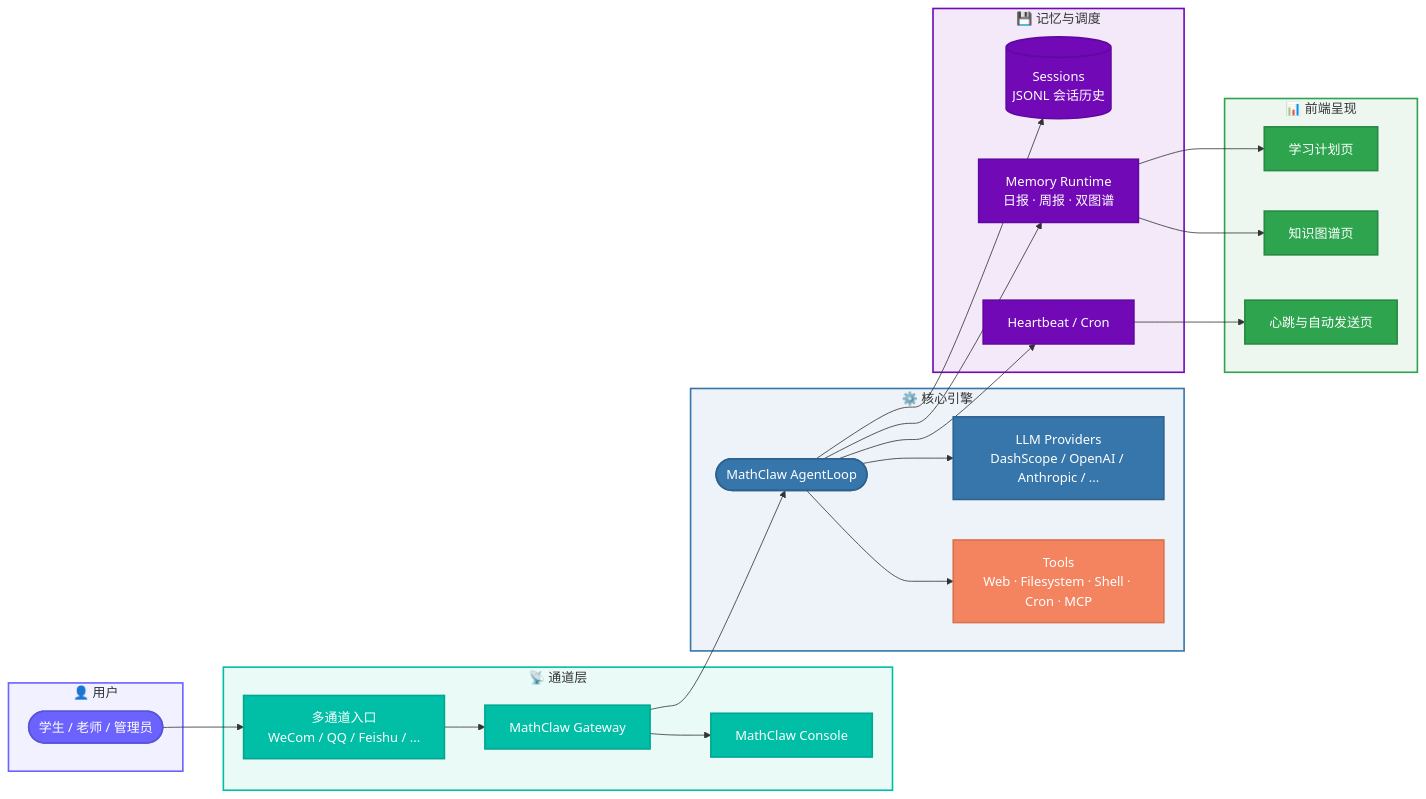
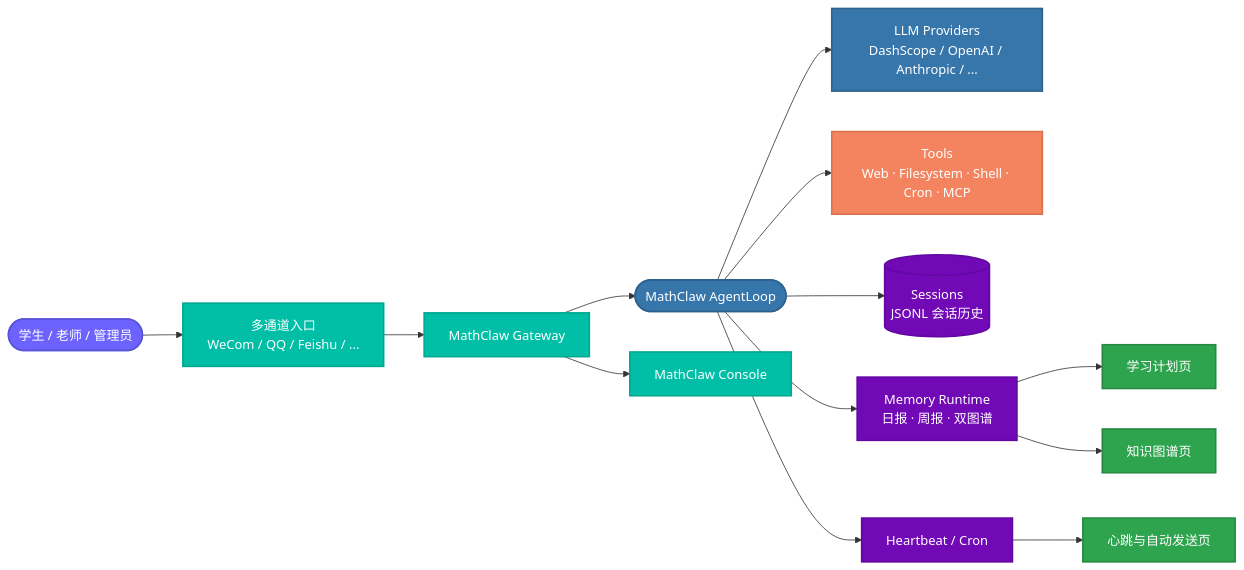
One commit to MathClaw-ruc/MathClaw changed the first of 2 diagrams in README.md. Above: the diagram before and after it, drawn with Mermaid.

Commit message:
style: fix architecture diagram layout, remove subgraphs

````diff
--- a/README.md
+++ b/README.md
@@ -54,54 +54,36 @@
 ```mermaid
 flowchart LR
     classDef user fill:#6C63FF,stroke:#5a54d9,color:#fff,stroke-width:2px
     classDef gateway fill:#00BFA6,stroke:#00a890,color:#fff,stroke-width:2px
     classDef core fill:#3776AB,stroke:#2d6290,color:#fff,stroke-width:2px
     classDef tool fill:#F4845F,stroke:#d9734f,color:#fff,stroke-width:2px
     classDef store fill:#7209B7,stroke:#6008a0,color:#fff,stroke-width:2px
     classDef output fill:#2EA44F,stroke:#278a42,color:#fff,stroke-width:2px
 
-    subgraph Users["👤 用户"]
-        A(["学生 / 老师 / 管理员"]):::user
-    end
+    A(["学生 / 老师 / 管理员"]):::user
+    B["多通道入口<br/>WeCom / QQ / Feishu / ..."]:::gateway
+    C["MathClaw Gateway"]:::gateway
+    D(["MathClaw AgentLoop"]):::core
 
-    subgraph Channel["📡 通道层"]
-        B["多通道入口<br/>WeCom / QQ / Feishu / ..."]:::gateway
-        C["MathClaw Gateway"]:::gateway
-        M["MathClaw Console"]:::gateway
-    end
+    E["LLM Providers<br/>DashScope / OpenAI / Anthropic / ..."]:::core
+    F["Tools<br/>Web · Filesystem · Shell · Cron · MCP"]:::tool
+    G[("Sessions<br/>JSONL 会话历史")]:::store
+    H["Memory Runtime<br/>日报 · 周报 · 双图谱"]:::store
+    I["Heartbeat / Cron"]:::store
 
-    subgraph Core["⚙️ 核心引擎"]
-        D(["MathClaw AgentLoop"]):::core
-        E["LLM Providers<br/>DashScope / OpenAI / Anthropic / ..."]:::core
-        F["Tools<br/>Web · Filesystem · Shell · Cron · MCP"]:::tool
-    end
-
-    subgraph Memory["💾 记忆与调度"]
-        G[("Sessions<br/>JSONL 会话历史")]:::store
-        H["Memory Runtime<br/>日报 · 周报 · 双图谱"]:::store
-        I["Heartbeat / Cron"]:::store
-    end
-
-    subgraph Output["📊 前端呈现"]
-        J["学习计划页"]:::output
-        K["知识图谱页"]:::output
-        L["心跳与自动发送页"]:::output
-    end
+    J["学习计划页"]:::output
+    K["知识图谱页"]:::output
+    L["心跳与自动发送页"]:::output
+    M["MathClaw Console"]:::gateway
 
     A --> B --> C --> D
     C --> M
     D --> E
     D --> F
     D --> G
     D --> H
     D --> I
     H --> J
     H --> K
     I --> L
-
-    style Users fill:#6c63ff16,stroke:#6C63FF,stroke-width:2px,color:#333
-    style Channel fill:#00bfa616,stroke:#00BFA6,stroke-width:2px,color:#333
-    style Core fill:#3776ab16,stroke:#3776AB,stroke-width:2px,color:#333
-    style Memory fill:#7209b716,stroke:#7209B7,stroke-width:2px,color:#333
-    style Output fill:#2ea44f16,stroke:#2EA44F,stroke-width:2px,color:#333
 ```
````
